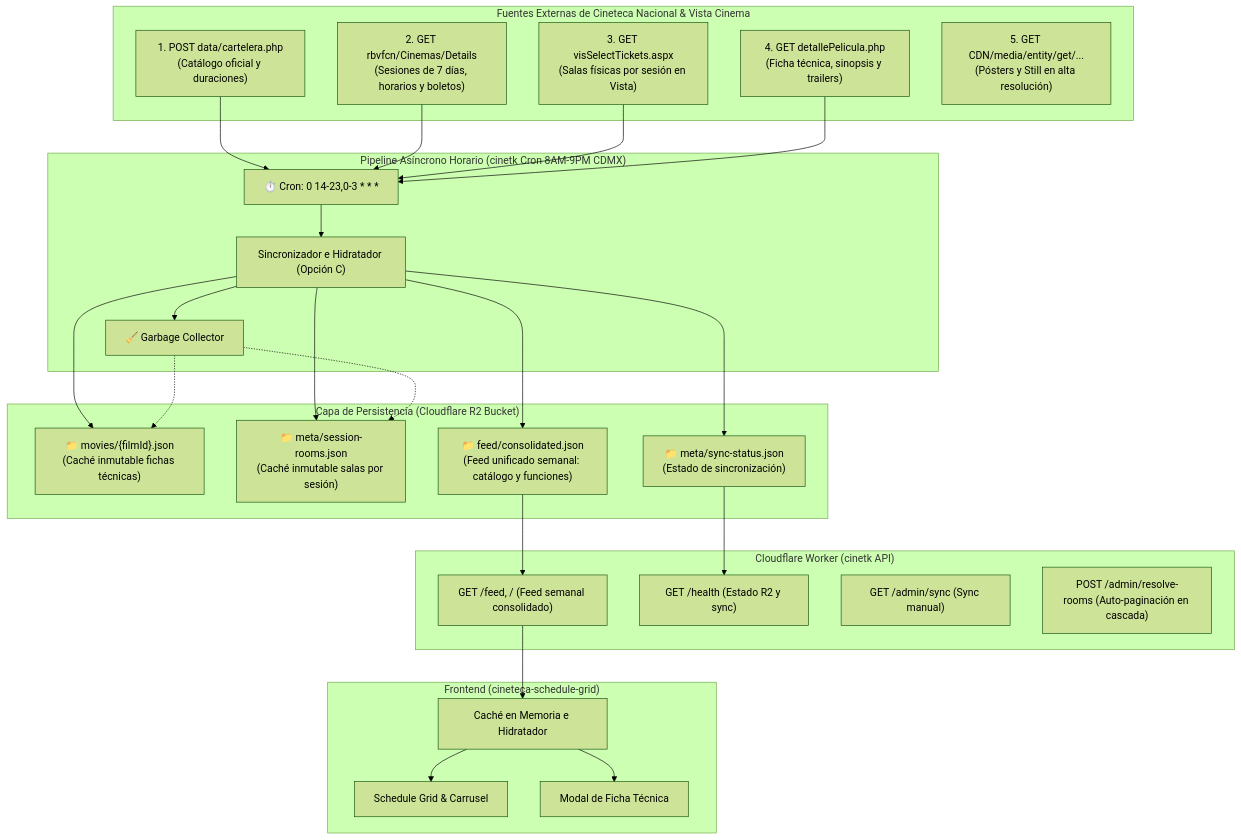
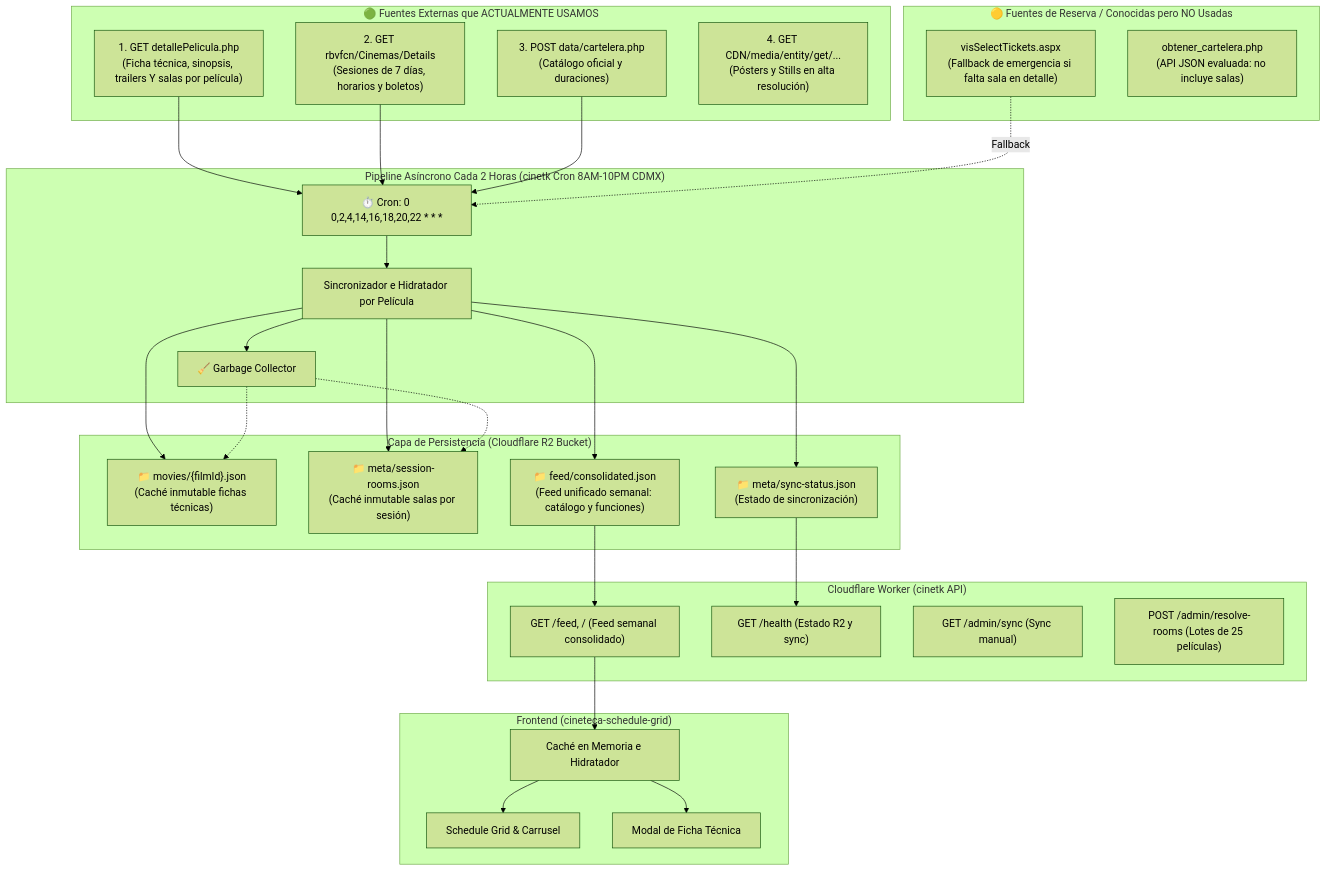
One commit to jjsantos01/cineteca-schedule-grid changed the diagram in worker/DATA.md. Above: the diagram before and after it, drawn with Mermaid (forest theme). The commit also changed other lines of this file and 10 other files, not shown here.

First line of the commit message:
feat: optimize room resolution by movie, document data sources, and update cron schedule to every 2h

````diff
--- a/worker/DATA.md
+++ b/worker/DATA.md
@@ -9,46 +9,51 @@
 ```mermaid
 flowchart TD
-    subgraph "Fuentes Externas de Cineteca Nacional & Vista Cinema"
-        F1["1. POST data/cartelera.php<br>(Catálogo oficial y duraciones)"]
+    subgraph "🟢 Fuentes Externas que ACTUALMENTE USAMOS"
+        F1["1. GET detallePelicula.php<br>(Ficha técnica, sinopsis, trailers Y salas por película)"]
         F2["2. GET rbvfcn/Cinemas/Details<br>(Sesiones de 7 días, horarios y boletos)"]
-        F3["3. GET visSelectTickets.aspx<br>(Salas físicas por sesión en Vista)"]
-        F4["4. GET detallePelicula.php<br>(Ficha técnica, sinopsis y trailers)"]
-        F5["5. GET CDN/media/entity/get/...<br>(Pósters y Still en alta resolución)"]
+        F3["3. POST data/cartelera.php<br>(Catálogo oficial y duraciones)"]
+        F4["4. GET CDN/media/entity/get/...<br>(Pósters y Stills en alta resolución)"]
     end
 
-    subgraph "Pipeline Asíncrono Horario (cinetk Cron 8AM-9PM CDMX)"
-        Cron["⏱️ Cron: 0 14-23,0-3 * * *"]
-        F1 & F2 & F3 & F4 --> Cron
-        Cron --> Sync["Sincronizador e Hidratador (Opción C)"]
+    subgraph "🟡 Fuentes de Reserva / Conocidas pero NO Usadas"
+        FB1["visSelectTickets.aspx<br>(Fallback de emergencia si falta sala en detalle)"]
+        FB2["obtener_cartelera.php<br>(API JSON evaluada: no incluye salas)"]
+    end
+
+    subgraph "Pipeline Asíncrono Cada 2 Horas (cinetk Cron 8AM-10PM CDMX)"
+        Cron["⏱️ Cron: 0 0,2,4,14,16,18,20,22 * * *"]
+        F1 & F2 & F3 --> Cron
+        FB1 -. Fallback .-> Cron
+        Cron --> Sync["Sincronizador e Hidratador por Película"]
         Sync --> GC["🧹 Garbage Collector"]
     end
 
     subgraph "Capa de Persistencia (Cloudflare R2 Bucket)"
         R2_MOV["📁 movies/{filmId}.json<br>(Caché inmutable fichas técnicas)"]
         R2_SES["📁 meta/session-rooms.json<br>(Caché inmutable salas por sesión)"]
         R2_FEED["📁 feed/consolidated.json<br>(Feed unificado semanal: catálogo y funciones)"]
         R2_META["📁 meta/sync-status.json<br>(Estado de sincronización)"]
     end
 
     Sync --> R2_MOV & R2_SES & R2_FEED & R2_META
     GC -.-> R2_MOV & R2_SES
 
     subgraph "Cloudflare Worker (cinetk API)"
         W_FEED["GET /feed, / (Feed semanal consolidado)"]
         W_HL["GET /health (Estado R2 y sync)"]
         W_ADM["GET /admin/sync (Sync manual)"]
-        W_RES["POST /admin/resolve-rooms (Auto-paginación en cascada)"]
+        W_RES["POST /admin/resolve-rooms (Lotes de 25 películas)"]
     end
 
     R2_FEED --> W_FEED
     R2_META --> W_HL
 
     subgraph "Frontend (cineteca-schedule-grid)"
         UI_Store["Caché en Memoria e Hidratador"]
         UI_Grid["Schedule Grid & Carrusel"]
         UI_Modal["Modal de Ficha Técnica"]
     end
 
     W_FEED --> UI_Store
     UI_Store --> UI_Grid & UI_Modal
 ```
````
